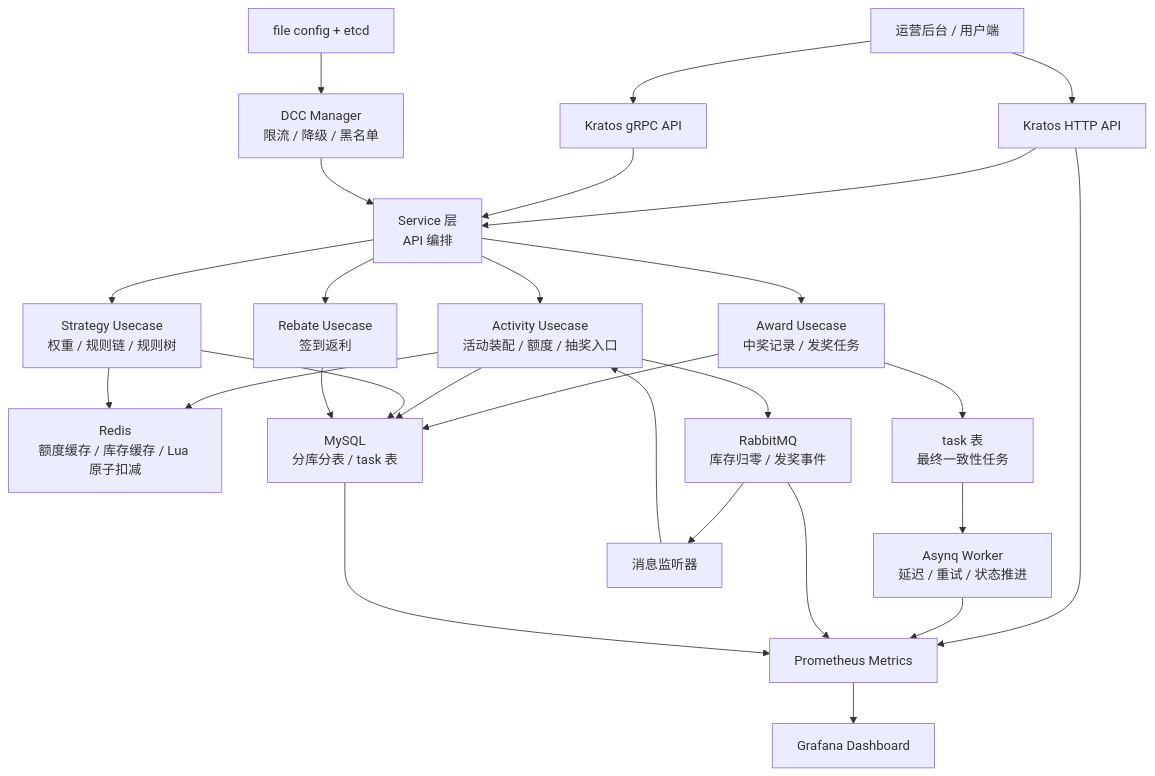
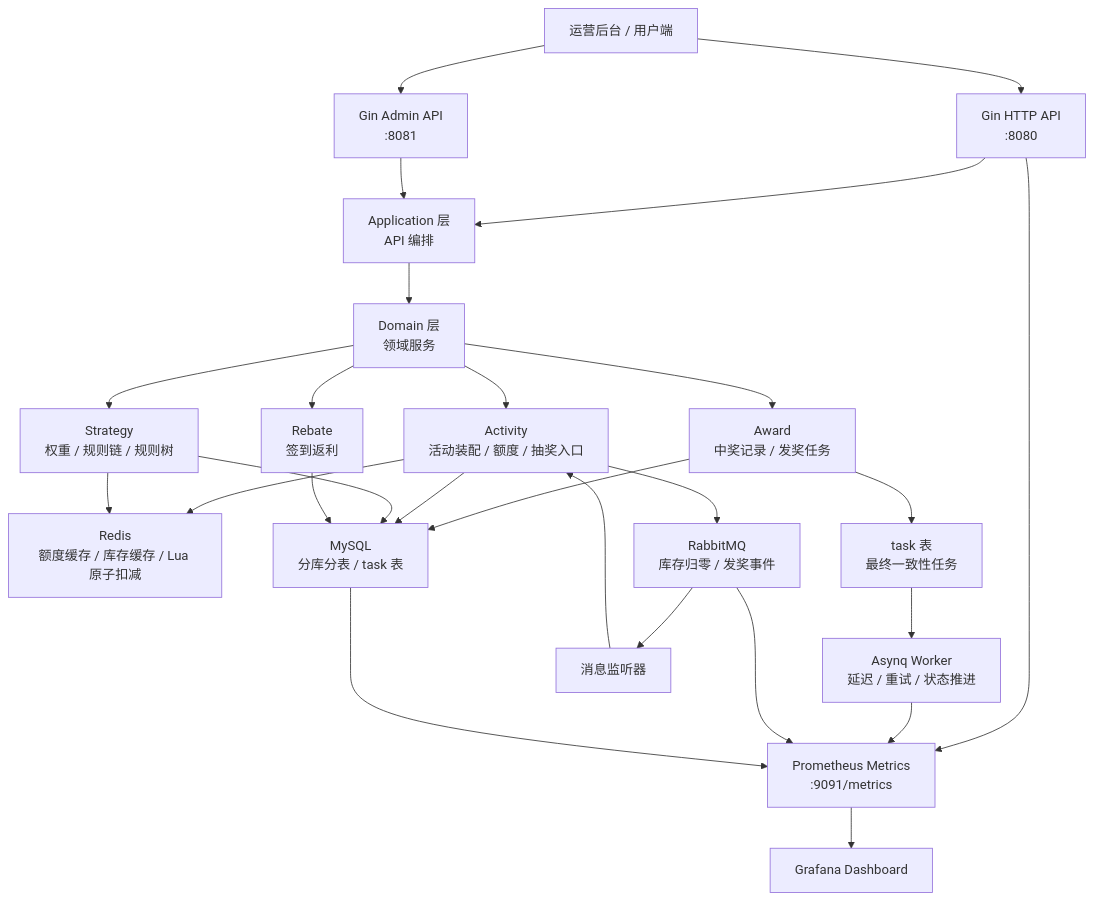
One commit to yywencs/PrizeForge changed the first of 2 diagrams in README.md. Above: the diagram before and after it, drawn with Mermaid. The commit also changed other lines of this file and 229 other files, not shown here.

````diff
--- a/README.md
+++ b/README.md
@@ -16,33 +16,31 @@
 ```mermaid
 flowchart TD
-    Client["运营后台 / 用户端"] --> HTTP["Kratos HTTP API"]
-    Client --> GRPC["Kratos gRPC API"]
-    HTTP --> Service["Service 层<br/>API 编排"]
-    GRPC --> Service
-    Service --> Activity["Activity Usecase<br/>活动装配 / 额度 / 抽奖入口"]
-    Service --> Strategy["Strategy Usecase<br/>权重 / 规则链 / 规则树"]
-    Service --> Award["Award Usecase<br/>中奖记录 / 发奖任务"]
-    Service --> Rebate["Rebate Usecase<br/>签到返利"]
+    Client["运营后台 / 用户端"] --> HTTP["Gin HTTP API<br/>:8080"]
+    Client --> Admin["Gin Admin API<br/>:8081"]
+    HTTP --> App["Application 层<br/>API 编排"]
+    Admin --> App
+    App --> Domain["Domain 层<br/>领域服务"]
+    Domain --> Activity["Activity<br/>活动装配 / 额度 / 抽奖入口"]
+    Domain --> Strategy["Strategy<br/>权重 / 规则链 / 规则树"]
+    Domain --> Award["Award<br/>中奖记录 / 发奖任务"]
+    Domain --> Rebate["Rebate<br/>签到返利"]
 
     Activity --> Redis["Redis<br/>额度缓存 / 库存缓存 / Lua 原子扣减"]
     Strategy --> Redis
     Award --> MySQL["MySQL<br/>分库分表 / task 表"]
     Activity --> MySQL
     Strategy --> MySQL
     Rebate --> MySQL
 
     Award --> Task["task 表<br/>最终一致性任务"]
     Task --> Asynq["Asynq Worker<br/>延迟 / 重试 / 状态推进"]
     Activity --> RabbitMQ["RabbitMQ<br/>库存归零 / 发奖事件"]
     RabbitMQ --> Listener["消息监听器"]
     Listener --> Activity
 
-    Config["file config + etcd"] --> DCC["DCC Manager<br/>限流 / 降级 / 黑名单"]
-    DCC --> Service
-
-    HTTP --> Metrics["Prometheus Metrics"]
+    HTTP --> Metrics["Prometheus Metrics<br/>:9091/metrics"]
     Asynq --> Metrics
     RabbitMQ --> Metrics
     MySQL --> Metrics
     Metrics --> Grafana["Grafana Dashboard"]
 ```
````
